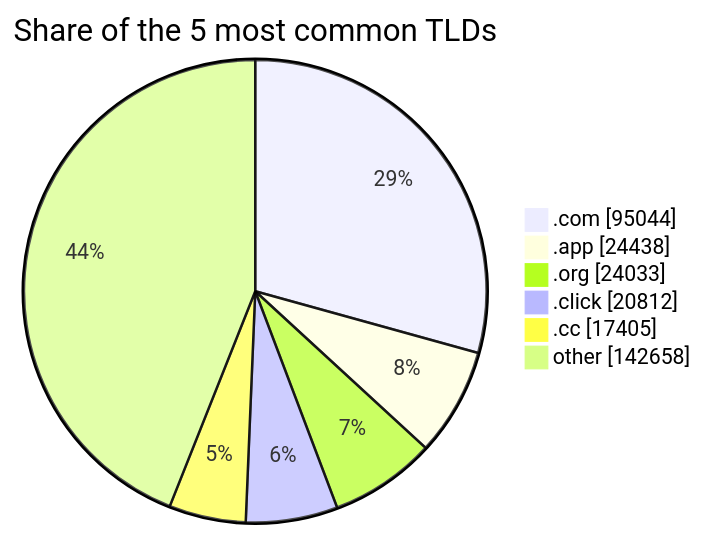
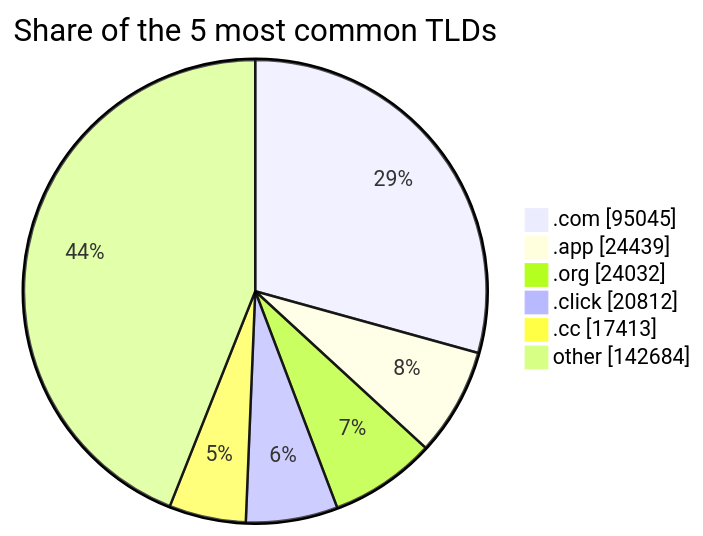
One commit to DNSBunker/CTI changed the third of 3 diagrams in README.md. Above: the diagram before and after it, drawn with Mermaid. The commit also changed other lines of this file and 4 other files, not shown here.

````diff
--- a/README.md
+++ b/README.md
@@ -81,9 +81,9 @@
 ```mermaid
 pie showData title Share of the 5 most common TLDs
-    ".com" : 95044
-    ".app" : 24438
-    ".org" : 24033
+    ".com" : 95045
+    ".app" : 24439
+    ".org" : 24032
     ".click" : 20812
-    ".cc" : 17405
-    "other" : 142658
+    ".cc" : 17413
+    "other" : 142684
 ```
````
